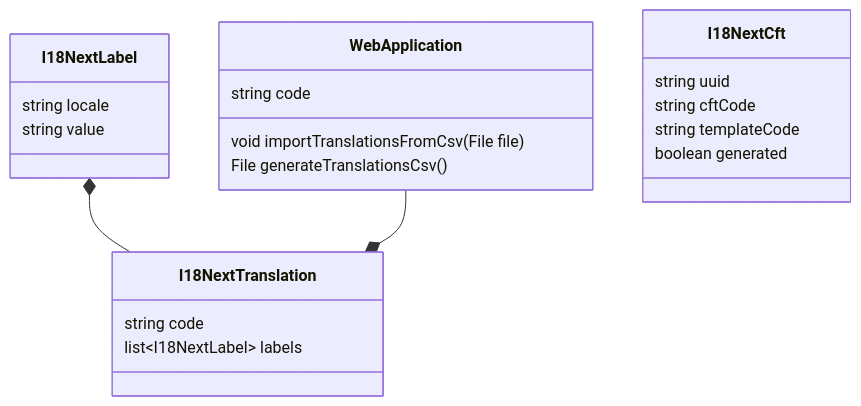
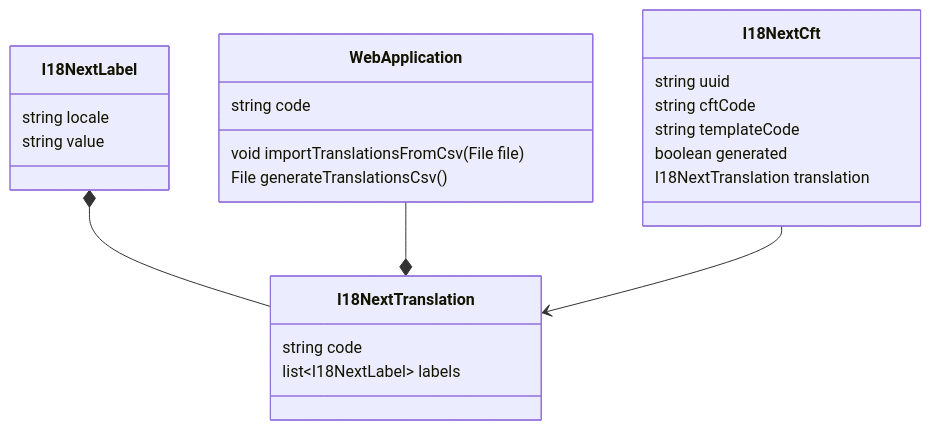
Before and after one commit to meveo-org/module-webapprouter: the diagram in specs/internationalization/README.md, drawn with Mermaid.

````diff
--- a/specs/internationalization/README.md
+++ b/specs/internationalization/README.md
@@ -5,24 +5,26 @@
 ```mermaid
 classDiagram
 class WebApplication {
     string code
     void importTranslationsFromCsv(File file)
     File generateTranslationsCsv()
 }
 class I18NextTranslation {
     string code
     list~I18NextLabel~ labels
 }
 class I18NextLabel {
    string locale
    string value
 }
 class I18NextCft {
     string uuid
     string cftCode
     string templateCode
     boolean generated
+    I18NextTranslation translation
 }
 I18NextLabel *-- I18NextTranslation
 WebApplication --* I18NextTranslation
+I18NextCft --> I18NextTranslation
 ```
````
